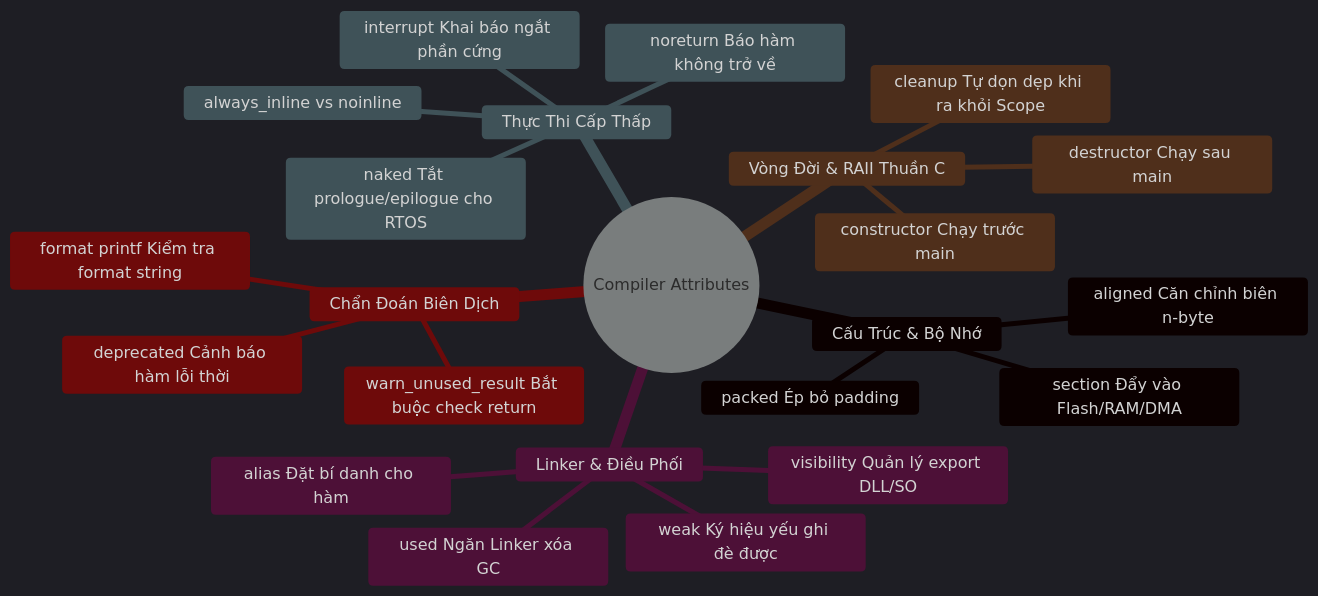
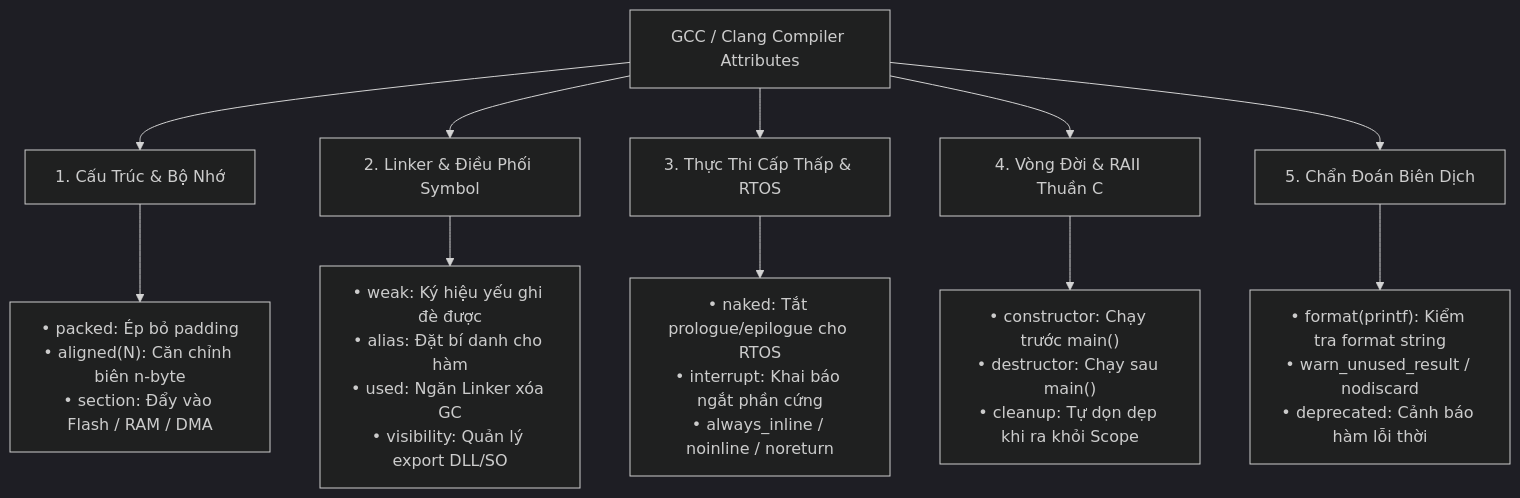
The diagram in C_Cpp_Mastery_Handbook/03_Special_Syntax_and_GCC_Attributes.md (thinh1210/Obsidian), drawn with Mermaid (dark theme) before and after one commit. The commit also changed 45 other files, not shown here.

````diff
--- a/C_Cpp_Mastery_Handbook/03_Special_Syntax_and_GCC_Attributes.md
+++ b/C_Cpp_Mastery_Handbook/03_Special_Syntax_and_GCC_Attributes.md
@@ -25,26 +25,16 @@
 ```mermaid
-mindmap
-  root((Compiler Attributes))
-    Cấu Trúc & Bộ Nhớ
-      packed Ép bỏ padding
-      aligned Căn chỉnh biên n-byte
-      section Đẩy vào Flash/RAM/DMA
-    Linker & Điều Phối
-      weak Ký hiệu yếu ghi đè được
-      alias Đặt bí danh cho hàm
-      used Ngăn Linker xóa GC
-      visibility Quản lý export DLL/SO
-    Thực Thi Cấp Thấp
-      naked Tắt prologue/epilogue cho RTOS
-      interrupt Khai báo ngắt phần cứng
-      always_inline vs noinline
-      noreturn Báo hàm không trở về
-    Vòng Đời & RAII Thuần C
-      constructor Chạy trước main
-      destructor Chạy sau main
-      cleanup Tự dọn dẹp khi ra khỏi Scope
-    Chẩn Đoán Biên Dịch
-      format printf Kiểm tra format string
-      warn_unused_result Bắt buộc check return
-      deprecated Cảnh báo hàm lỗi thời
+graph TD
+    Root["GCC / Clang Compiler Attributes"]
+
+    Root --> G1["1. Cấu Trúc & Bộ Nhớ"]
+    Root --> G2["2. Linker & Điều Phối Symbol"]
+    Root --> G3["3. Thực Thi Cấp Thấp & RTOS"]
+    Root --> G4["4. Vòng Đời & RAII Thuần C"]
+    Root --> G5["5. Chẩn Đoán Biên Dịch"]
+
+    G1 --> G1_D["• packed: Ép bỏ padding<br/>• aligned(N): Căn chỉnh biên n-byte<br/>• section: Đẩy vào Flash / RAM / DMA"]
+    G2 --> G2_D["• weak: Ký hiệu yếu ghi đè được<br/>• alias: Đặt bí danh cho hàm<br/>• used: Ngăn Linker xóa GC<br/>• visibility: Quản lý export DLL/SO"]
+    G3 --> G3_D["• naked: Tắt prologue/epilogue cho RTOS<br/>• interrupt: Khai báo ngắt phần cứng<br/>• always_inline / noinline / noreturn"]
+    G4 --> G4_D["• constructor: Chạy trước main()<br/>• destructor: Chạy sau main()<br/>• cleanup: Tự dọn dẹp khi ra khỏi Scope"]
+    G5 --> G5_D["• format(printf): Kiểm tra format string<br/>• warn_unused_result / nodiscard<br/>• deprecated: Cảnh báo hàm lỗi thời"]
 ```
````
